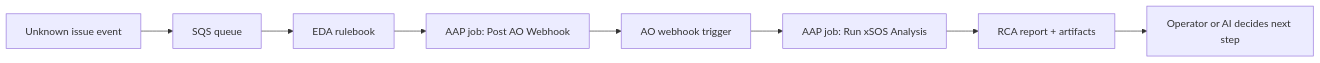
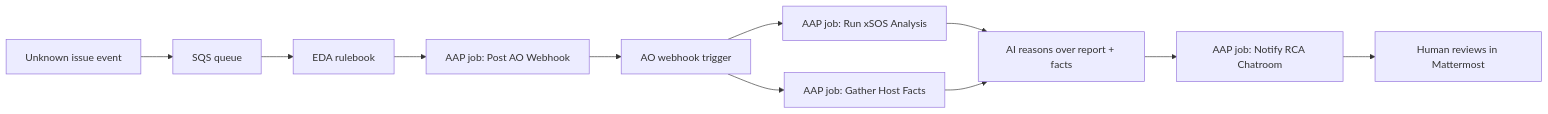
One commit to abwalczyk/aap-orchestrator-demos changed the diagram in event-driven-xsos-rca/README.md. Above: the diagram before and after it, drawn with Mermaid. The commit also changed other lines of this file and 3 other files, not shown here.

First line of the commit message:
Add parallel host-facts gathering and AI RCA notify playbook to xSOS demo

````diff
--- a/event-driven-xsos-rca/README.md
+++ b/event-driven-xsos-rca/README.md
@@ -28,10 +30,13 @@
 ```mermaid
 flowchart LR
   A[Unknown issue event] --> B[SQS queue]
   B --> C[EDA rulebook]
   C --> D["AAP job: Post AO Webhook"]
   D --> E[AO webhook trigger]
   E --> F["AAP job: Run xSOS Analysis"]
-  F --> G[RCA report + artifacts]
-  G --> H[Operator or AI decides next step]
+  E --> F2["AAP job: Gather Host Facts"]
+  F --> G[AI reasons over report + facts]
+  F2 --> G
+  G --> H["AAP job: Notify RCA Chatroom"]
+  H --> I[Human reviews in Mattermost]
 ```
````
